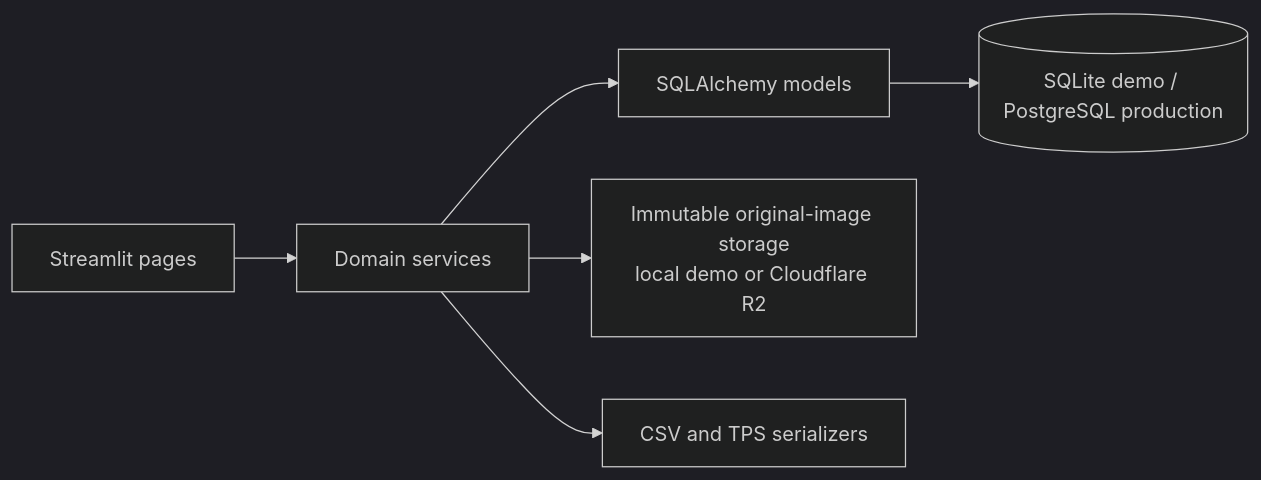
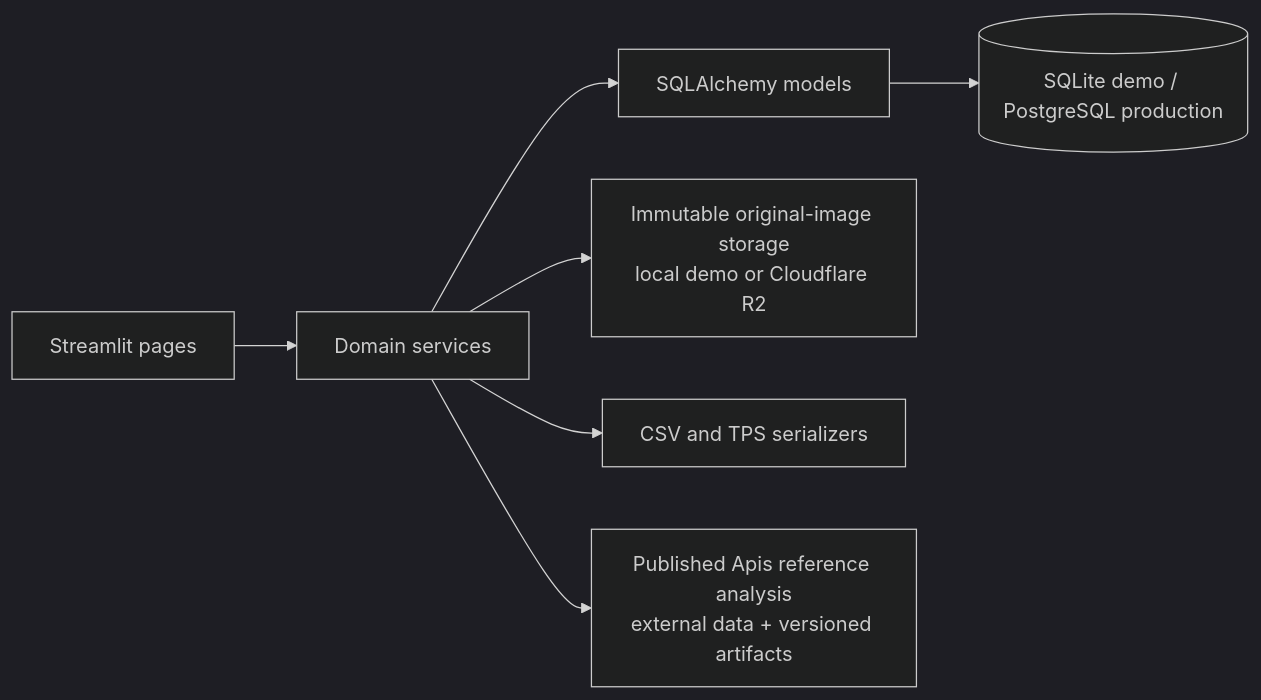
The first of 2 diagrams in docs/ARCHITECTURE.md (vkcvaibhav-eng/global-insect-wing-repository), drawn with Mermaid (dark theme) before and after one commit. The commit also changed other lines of this file and 35 other files, not shown here.

Commit message:
Add published Apis reference analysis module

````diff
--- a/docs/ARCHITECTURE.md
+++ b/docs/ARCHITECTURE.md
@@ -16,8 +18,9 @@
 ```mermaid
 flowchart LR
     UI["Streamlit pages"] --> SVC["Domain services"]
     SVC --> ORM["SQLAlchemy models"]
     ORM --> DB[("SQLite demo / PostgreSQL production")]
     SVC --> STORE["Immutable original-image storage<br/>local demo or Cloudflare R2"]
     SVC --> EXP["CSV and TPS serializers"]
+    SVC --> APIS["Published Apis reference analysis<br/>external data + versioned artifacts"]
 ```
````
